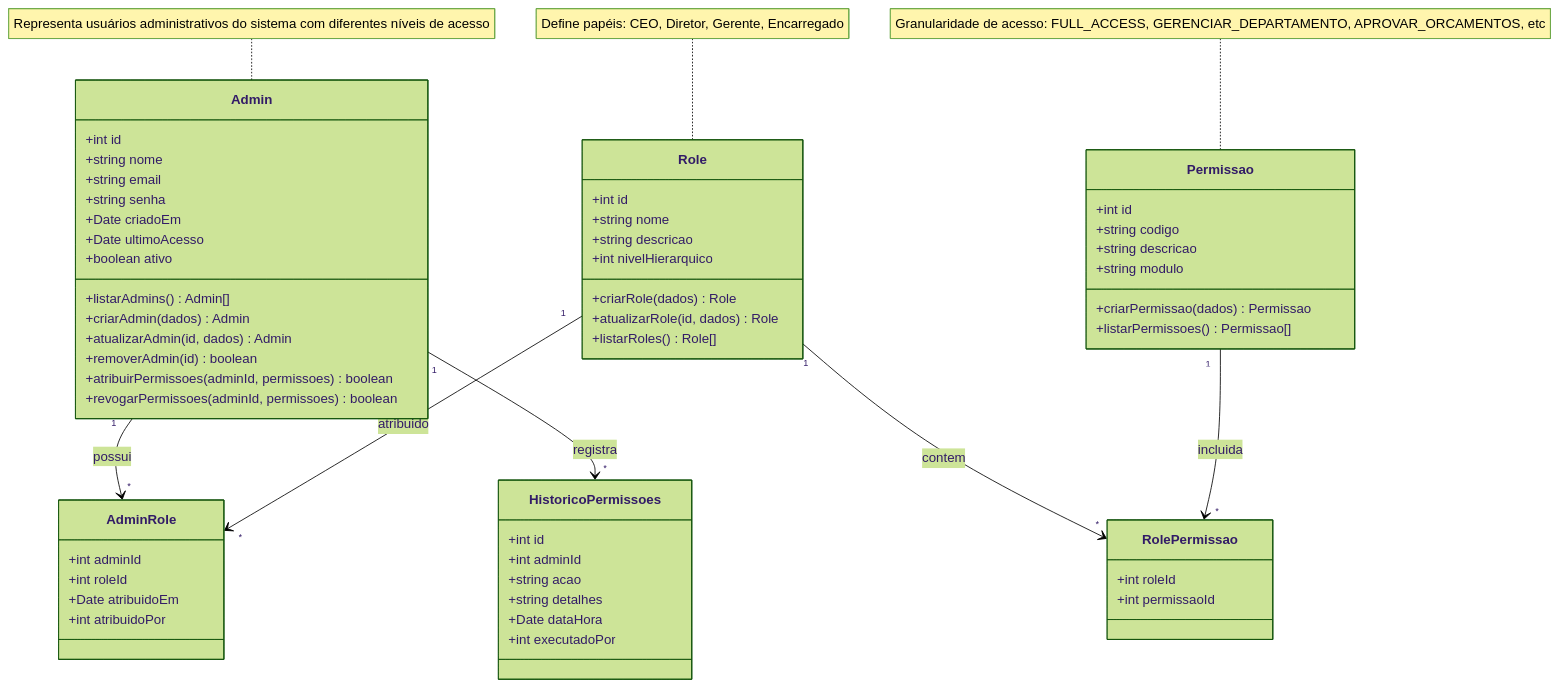
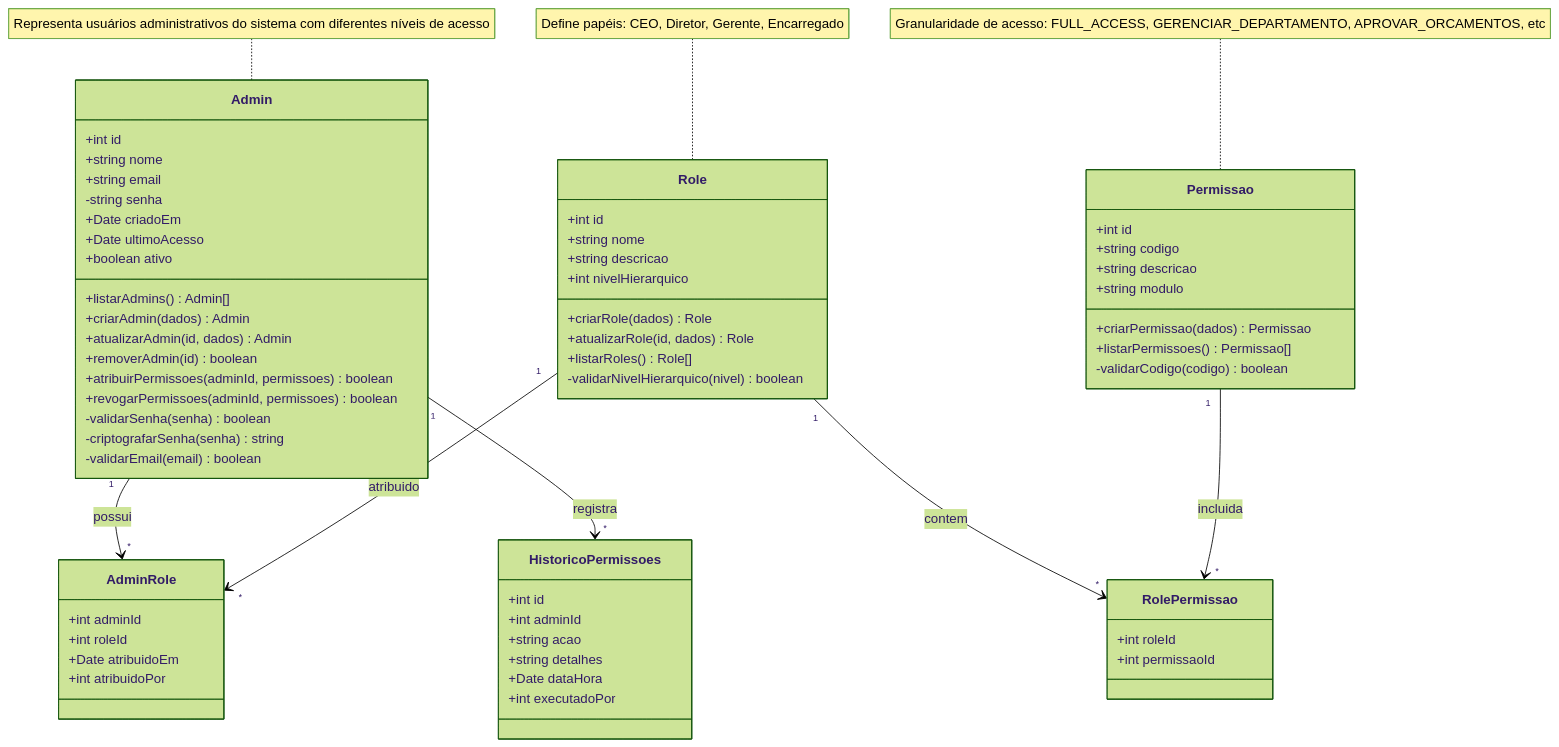
One commit to ronaldo227/serralheria-api changed the diagram in docs/class-diagram-admin-ceo.md. Above: the diagram before and after it, drawn with Mermaid (forest theme).

Commit message:
docs(uml): adiciona métodos privados ao diagrama Admin/CEO para encapsulamento

````diff
--- a/docs/class-diagram-admin-ceo.md
+++ b/docs/class-diagram-admin-ceo.md
@@ -3,62 +3,67 @@
 ```mermaid
 classDiagram
     class Admin {
         +int id
         +string nome
         +string email
-        +string senha
+        -string senha
         +Date criadoEm
         +Date ultimoAcesso
         +boolean ativo
         +listarAdmins() Admin[]
         +criarAdmin(dados) Admin
         +atualizarAdmin(id, dados) Admin
         +removerAdmin(id) boolean
         +atribuirPermissoes(adminId, permissoes) boolean
         +revogarPermissoes(adminId, permissoes) boolean
+        -validarSenha(senha) boolean
+        -criptografarSenha(senha) string
+        -validarEmail(email) boolean
     }
     class Role {
         +int id
         +string nome
         +string descricao
         +int nivelHierarquico
         +criarRole(dados) Role
         +atualizarRole(id, dados) Role
         +listarRoles() Role[]
+        -validarNivelHierarquico(nivel) boolean
     }
     class Permissao {
         +int id
         +string codigo
         +string descricao
         +string modulo
         +criarPermissao(dados) Permissao
         +listarPermissoes() Permissao[]
+        -validarCodigo(codigo) boolean
     }
     class AdminRole {
         +int adminId
         +int roleId
         +Date atribuidoEm
         +int atribuidoPor
     }
     class RolePermissao {
         +int roleId
         +int permissaoId
     }
     class HistoricoPermissoes {
         +int id
         +int adminId
         +string acao
         +string detalhes
         +Date dataHora
         +int executadoPor
     }
     Admin "1" --> "*" AdminRole : possui
     Role "1" --> "*" AdminRole : atribuido
     Role "1" --> "*" RolePermissao : contem
     Permissao "1" --> "*" RolePermissao : incluida
     Admin "1" --> "*" HistoricoPermissoes : registra
     
     note for Admin "Representa usuários administrativos do sistema com diferentes níveis de acesso"
     note for Role "Define papéis: CEO, Diretor, Gerente, Encarregado"
     note for Permissao "Granularidade de acesso: FULL_ACCESS, GERENCIAR_DEPARTAMENTO, APROVAR_ORCAMENTOS, etc"
 ```
````
